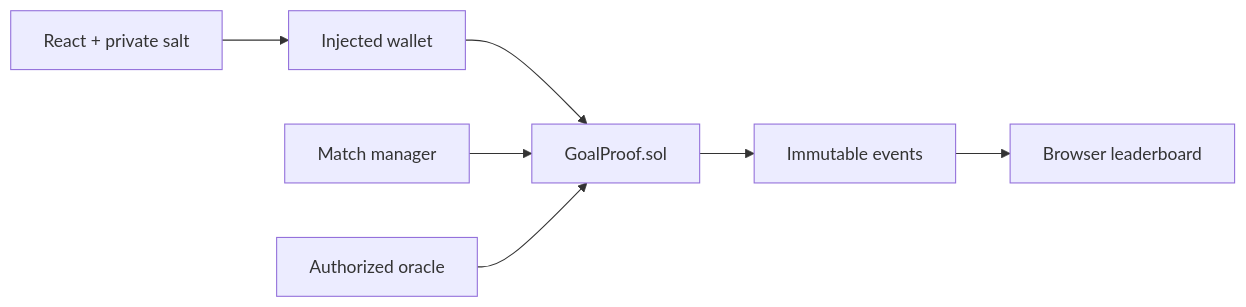
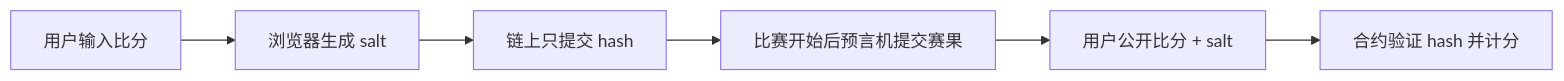
The diagram in README.md (actmaoweihao/GoalProof_WD_CUP), drawn with Mermaid before and after one commit. The commit also changed other lines of this file and 41 other files, not shown here.

````diff
--- a/README.md
+++ b/README.md
@@ -11,9 +11,8 @@
 ```mermaid
 flowchart LR
-  Browser[React + private salt] --> Wallet[Injected wallet]
-  Wallet --> Contract[GoalProof.sol]
-  Admin[Match manager] --> Contract
-  Oracle[Authorized oracle] --> Contract
-  Contract --> Events[Immutable events]
-  Events --> Board[Browser leaderboard]
+  A[用户输入比分] --> B[浏览器生成 salt]
+  B --> C[链上只提交 hash]
+  C --> D[比赛开始后预言机提交赛果]
+  D --> E[用户公开比分 + salt]
+  E --> F[合约验证 hash 并计分]
 ```
````
